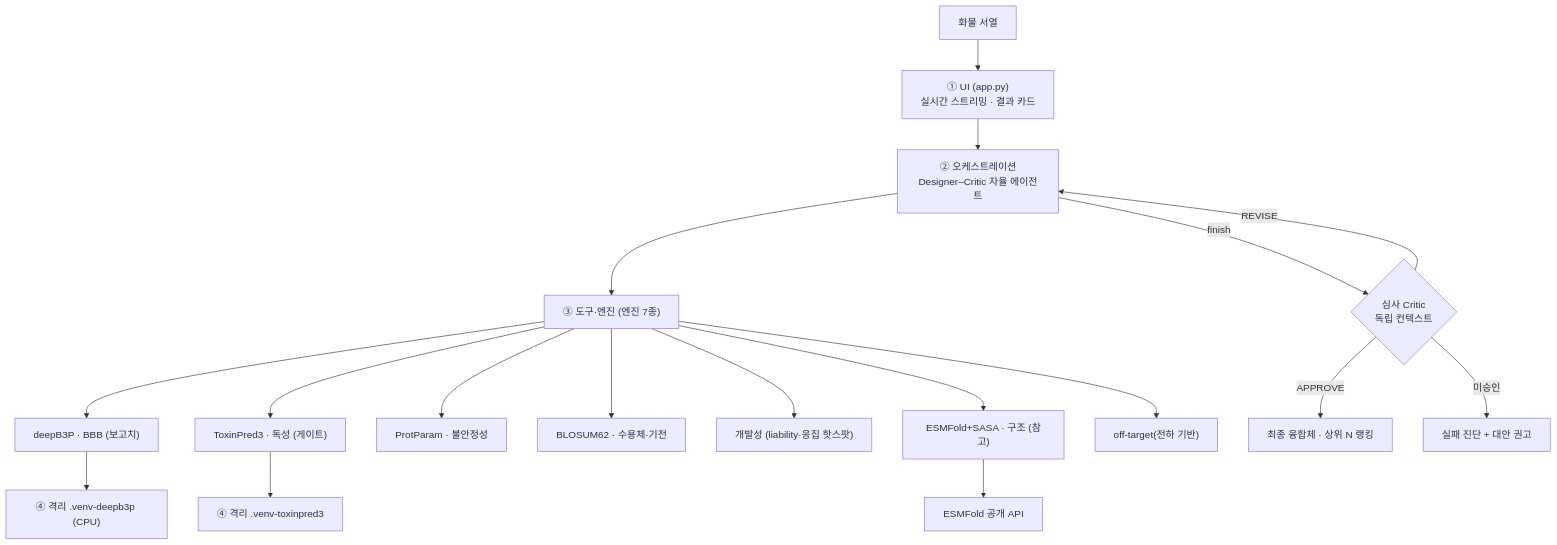
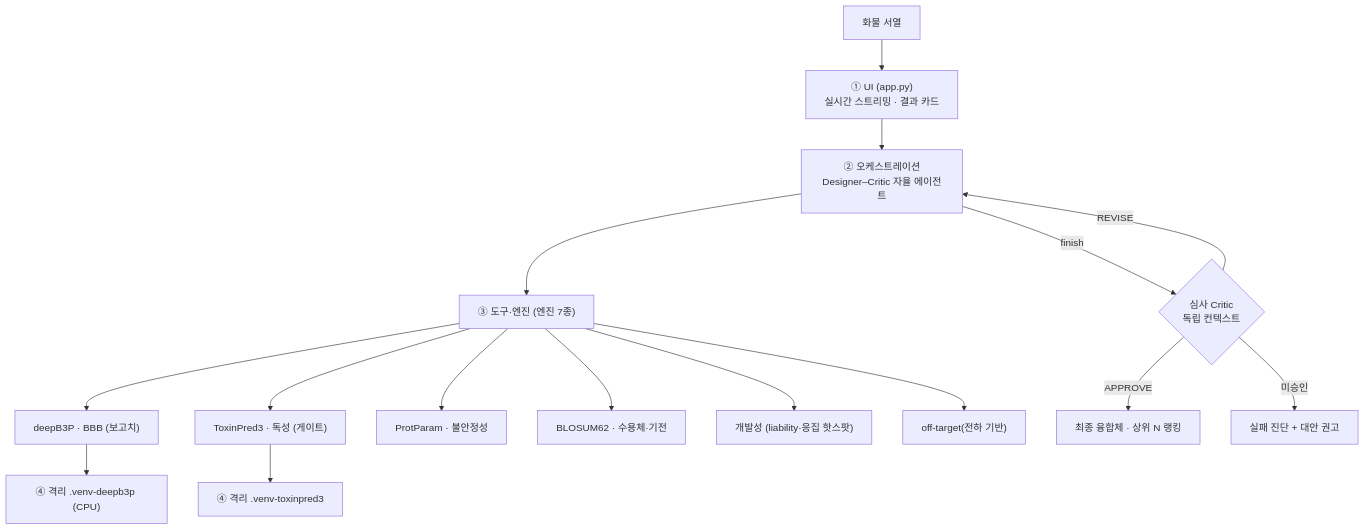
Before and after one commit to yunseul6028/BBB-Optimizer: the first of 2 diagrams in README.md, drawn with Mermaid. The commit also changed other lines of this file and 10 other files, not shown here.

````diff
--- a/README.md
+++ b/README.md
@@ -220,15 +220,14 @@
 ```mermaid
 flowchart TB
   U["화물 서열"] --> UI["① UI (app.py)<br/>실시간 스트리밍 · 결과 카드"]
   UI --> ORCH["② 오케스트레이션<br/>Designer–Critic 자율 에이전트"]
   ORCH --> TOOLS["③ 도구·엔진 (엔진 7종)"]
   TOOLS --> E1["deepB3P · BBB (보고치)"] & E2["ToxinPred3 · 독성 (게이트)"] & E3["ProtParam · 불안정성"] & E4["BLOSUM62 · 수용체·기전"]
-  TOOLS --> E5["개발성 (liability·응집 핫스팟)"] & E6["ESMFold+SASA · 구조 (참고)"] & E7["off-target(전하 기반)"]
+  TOOLS --> E5["개발성 (liability·응집 핫스팟)"] & E7["off-target(전하 기반)"]
   E1 --> DV["④ 격리 .venv-deepb3p (CPU)"]
   E2 --> TV["④ 격리 .venv-toxinpred3"]
-  E6 --> API["ESMFold 공개 API"]
   ORCH -->|finish| CR{"심사 Critic<br/>독립 컨텍스트"}
   CR -->|APPROVE| OUT["최종 융합체 · 상위 N 랭킹"]
   CR -->|REVISE| ORCH
   CR -->|미승인| REC["실패 진단 + 대안 권고"]
 ```
````
